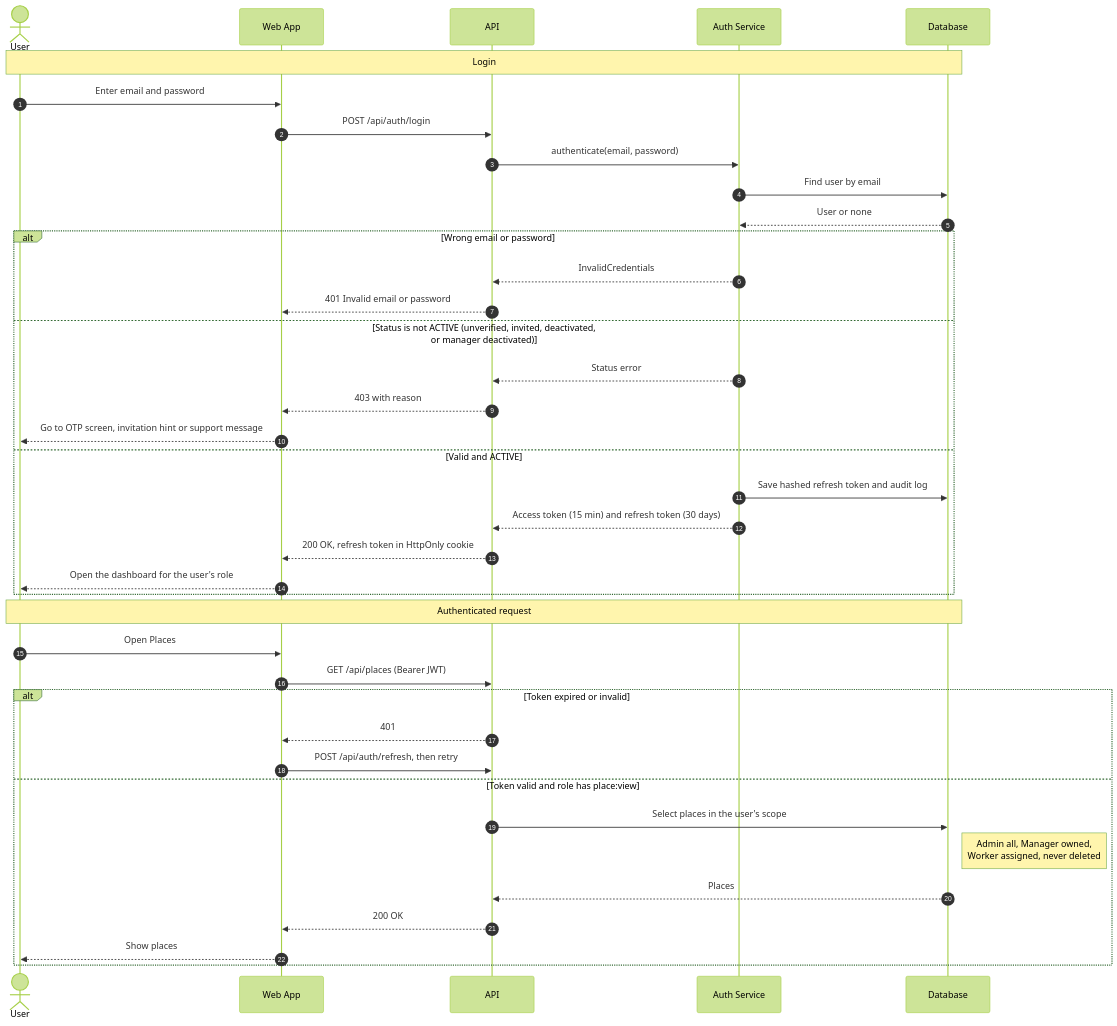
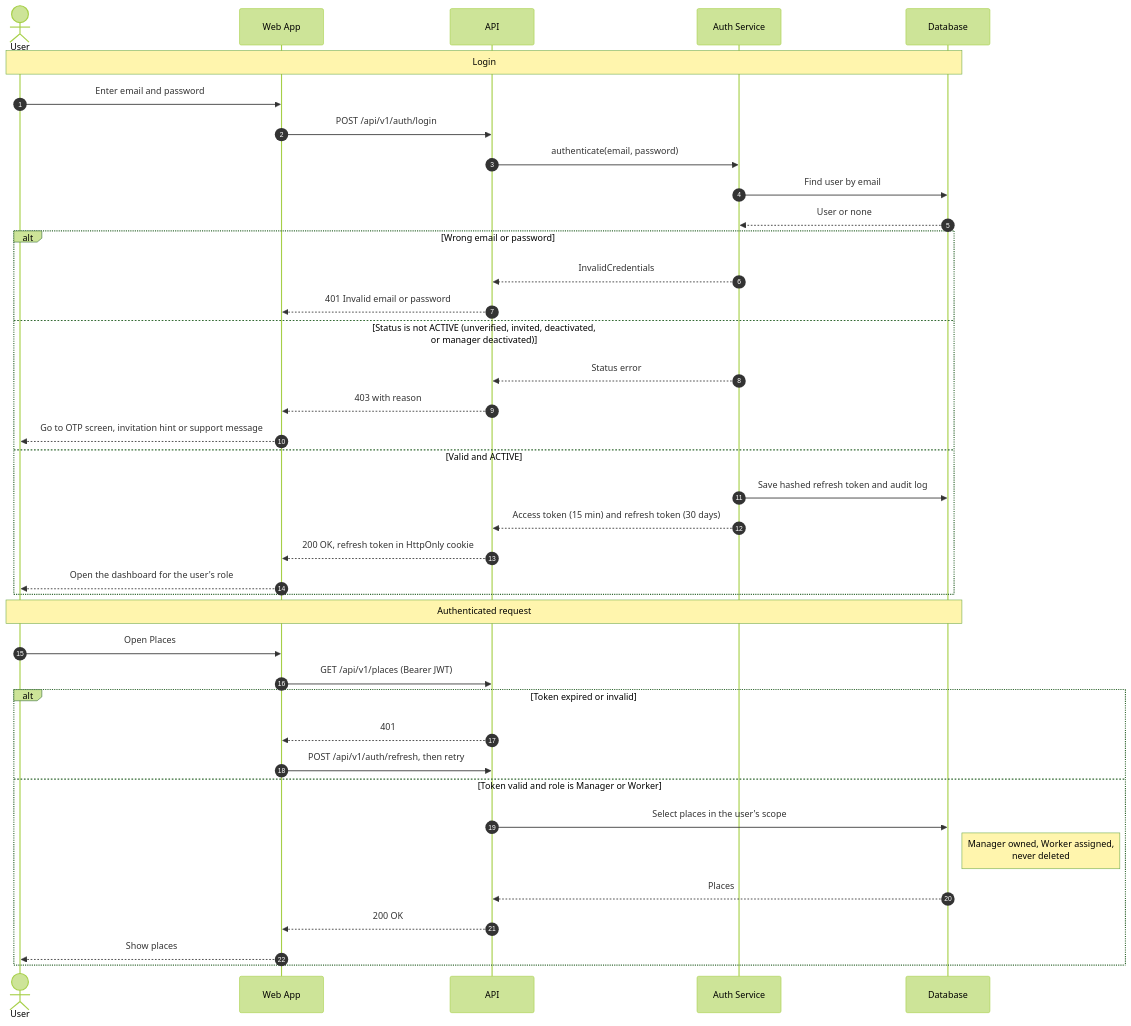
One commit to Abdulrahman-Wadani/Amlak changed the fourth of 8 diagrams in Stage-3/README.md. Above: the diagram before and after it, drawn with Mermaid (forest theme). The commit also changed other lines of this file, not shown here.

````diff
--- a/Stage-3/README.md
+++ b/Stage-3/README.md
@@ -896,44 +892,44 @@
 ```mermaid
 sequenceDiagram
     autonumber
     actor U as User
     participant App as Web App
     participant API as API
     participant AS as Auth Service
     participant DB as Database
 
     Note over U,DB: Login
     U->>App: Enter email and password
-    App->>API: POST /api/auth/login
+    App->>API: POST /api/v1/auth/login
     API->>AS: authenticate(email, password)
     AS->>DB: Find user by email
     DB-->>AS: User or none
 
     alt Wrong email or password
         AS-->>API: InvalidCredentials
         API-->>App: 401 Invalid email or password
     else Status is not ACTIVE (unverified, invited, deactivated, or manager deactivated)
         AS-->>API: Status error
         API-->>App: 403 with reason
         App-->>U: Go to OTP screen, invitation hint or support message
     else Valid and ACTIVE
         AS->>DB: Save hashed refresh token and audit log
         AS-->>API: Access token (15 min) and refresh token (30 days)
         API-->>App: 200 OK, refresh token in HttpOnly cookie
         App-->>U: Open the dashboard for the user's role
     end
 
     Note over U,DB: Authenticated request
     U->>App: Open Places
-    App->>API: GET /api/places (Bearer JWT)
+    App->>API: GET /api/v1/places (Bearer JWT)
     alt Token expired or invalid
         API-->>App: 401
-        App->>API: POST /api/auth/refresh, then retry
-    else Token valid and role has place:view
+        App->>API: POST /api/v1/auth/refresh, then retry
+    else Token valid and role is Manager or Worker
         API->>DB: Select places in the user's scope
-        Note right of DB: Admin all, Manager owned,<br/>Worker assigned, never deleted
+        Note right of DB: Manager owned, Worker assigned,<br/>never deleted
         DB-->>API: Places
         API-->>App: 200 OK
         App-->>U: Show places
     end
 ```
````
